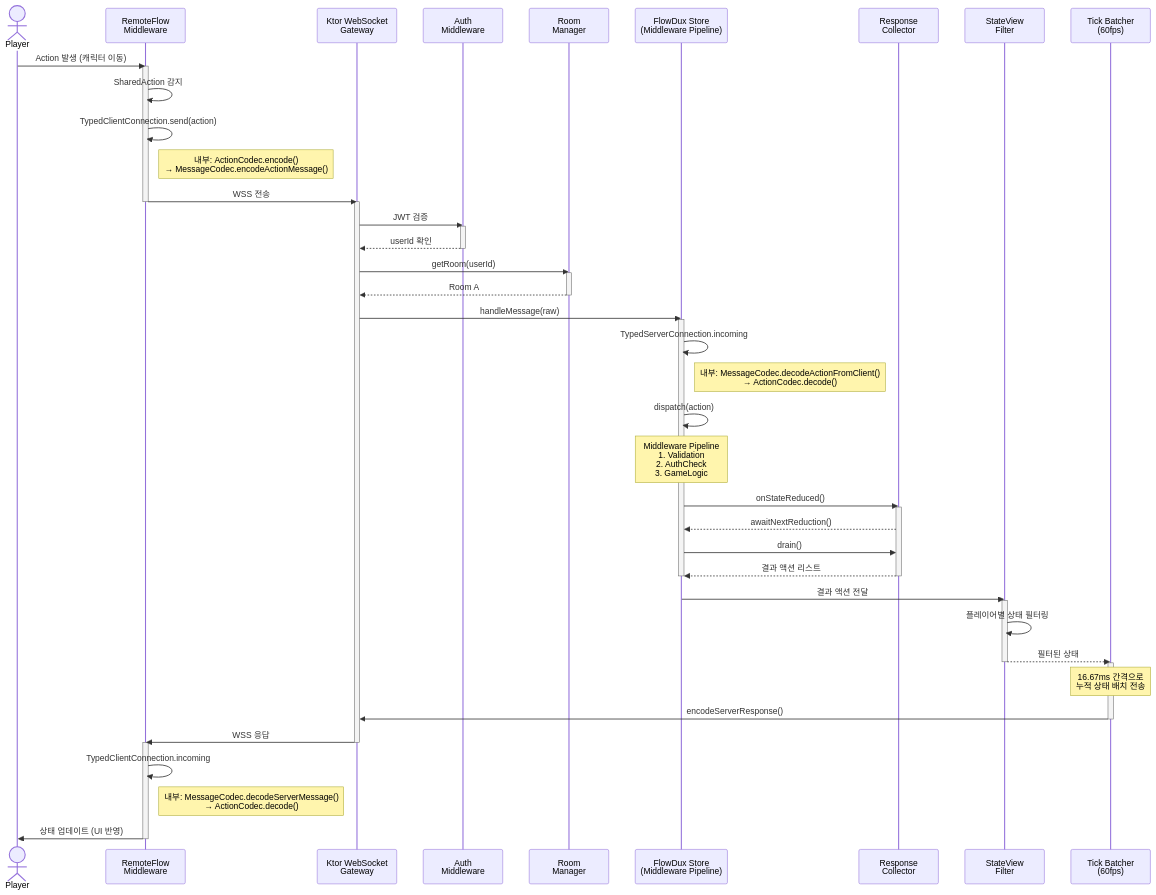
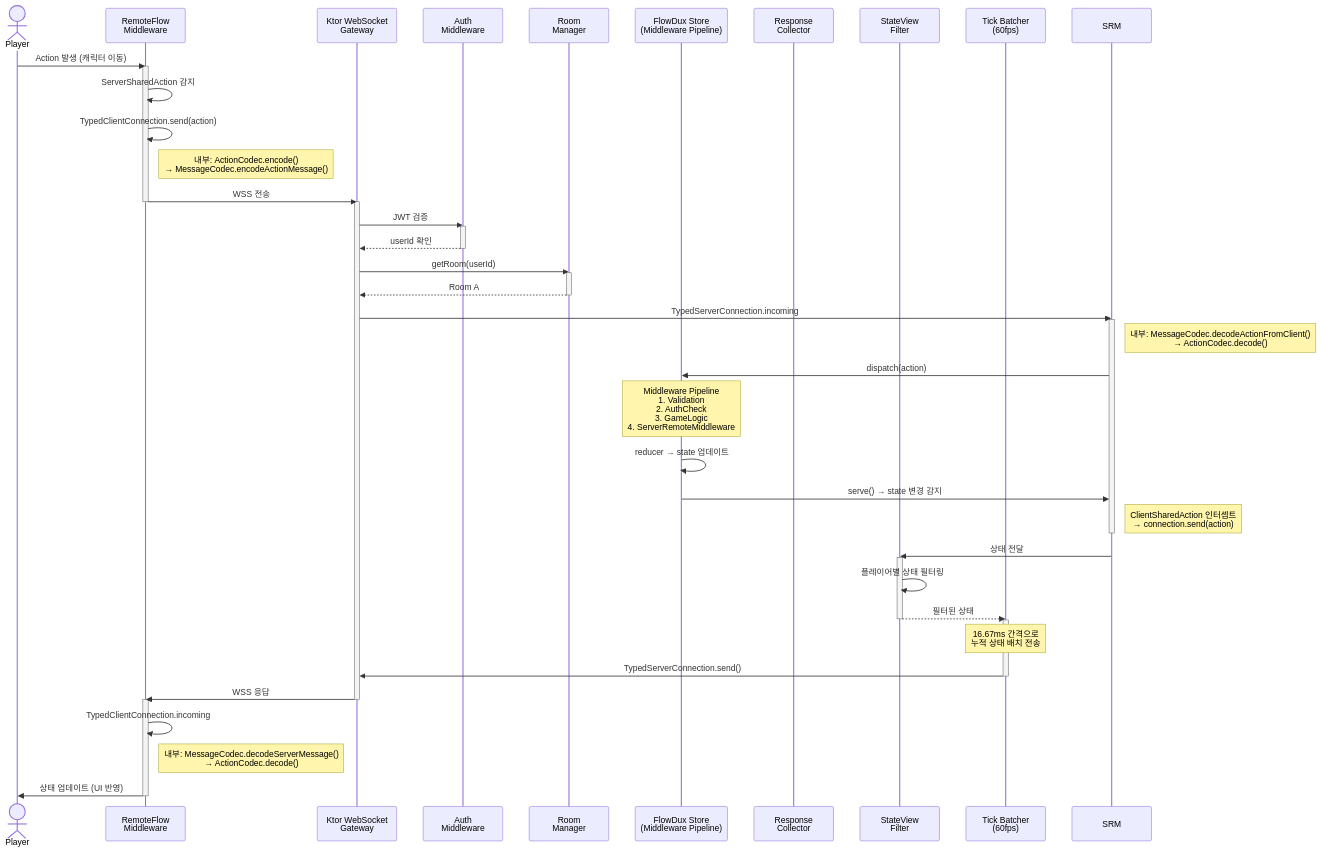
One commit to chibimoons/flowdux changed the second of 4 diagrams in docs/multiplayer-server-architecture.md. Above: the diagram before and after it, drawn with Mermaid. The commit also changed other lines of this file and 1 other file, not shown here.

Commit message:
docs: address PR #78 review comments
- Update sequence diagram to reflect SRM-based architecture
  (remove ResponseCollector/handleMessage references)
- Replace SharedAction with ServerSharedAction/ClientSharedAction
  in game sample code for directional consistency
- Clarify SerializableActionCodec KDoc: discriminator field name
  vs value, and @SerialName usage for short discriminator values

````diff
--- a/docs/multiplayer-server-architecture.md
+++ b/docs/multiplayer-server-architecture.md
@@ -69,67 +69,63 @@
 ```mermaid
 sequenceDiagram
     actor Player
     participant Client as RemoteFlow<br/>Middleware
     participant WS as Ktor WebSocket<br/>Gateway
     participant Auth as Auth<br/>Middleware
     participant Room as Room<br/>Manager
     participant Store as FlowDux Store<br/>(Middleware Pipeline)
     participant Collector as Response<br/>Collector
     participant View as StateView<br/>Filter
     participant Tick as Tick Batcher<br/>(60fps)
 
     Player->>Client: Action 발생 (캐릭터 이동)
     activate Client
-    Client->>Client: SharedAction 감지
+    Client->>Client: ServerSharedAction 감지
     Client->>Client: TypedClientConnection.send(action)
     Note right of Client: 내부: ActionCodec.encode()<br/>→ MessageCodec.encodeActionMessage()
     Client->>WS: WSS 전송
     deactivate Client
 
     activate WS
     WS->>Auth: JWT 검증
     activate Auth
     Auth-->>WS: userId 확인
     deactivate Auth
 
     WS->>Room: getRoom(userId)
     activate Room
     Room-->>WS: Room A
     deactivate Room
 
-    WS->>Store: handleMessage(raw)
-    activate Store
-    Store->>Store: TypedServerConnection.incoming
-    Note right of Store: 내부: MessageCodec.decodeActionFromClient()<br/>→ ActionCodec.decode()
-    Store->>Store: dispatch(action)
+    WS->>SRM: TypedServerConnection.incoming
+    activate SRM
+    Note right of SRM: 내부: MessageCodec.decodeActionFromClient()<br/>→ ActionCodec.decode()
+    SRM->>Store: dispatch(action)
 
-    Note over Store: Middleware Pipeline<br/>1. Validation<br/>2. AuthCheck<br/>3. GameLogic
+    Note over Store: Middleware Pipeline<br/>1. Validation<br/>2. AuthCheck<br/>3. GameLogic<br/>4. ServerRemoteMiddleware
 
-    Store->>Collector: onStateReduced()
-    activate Collector
-    Collector-->>Store: awaitNextReduction()
-    Store->>Collector: drain()
-    Collector-->>Store: 결과 액션 리스트
-    deactivate Collector
-    deactivate Store
+    Store->>Store: reducer → state 업데이트
+    Store->>SRM: serve() → state 변경 감지
+    Note right of SRM: ClientSharedAction 인터셉트<br/>→ connection.send(action)
+    deactivate SRM
 
-    Store->>View: 결과 액션 전달
+    SRM->>View: 상태 전달
     activate View
     View->>View: 플레이어별 상태 필터링
     View-->>Tick: 필터된 상태
     deactivate View
 
     activate Tick
     Note over Tick: 16.67ms 간격으로<br/>누적 상태 배치 전송
 
-    Tick->>WS: encodeServerResponse()
+    Tick->>WS: TypedServerConnection.send()
     deactivate Tick
 
     WS->>Client: WSS 응답
     deactivate WS
     activate Client
     Client->>Client: TypedClientConnection.incoming
     Note right of Client: 내부: MessageCodec.decodeServerMessage()<br/>→ ActionCodec.decode()
     Client->>Player: 상태 업데이트 (UI 반영)
     deactivate Client
 ```
````
